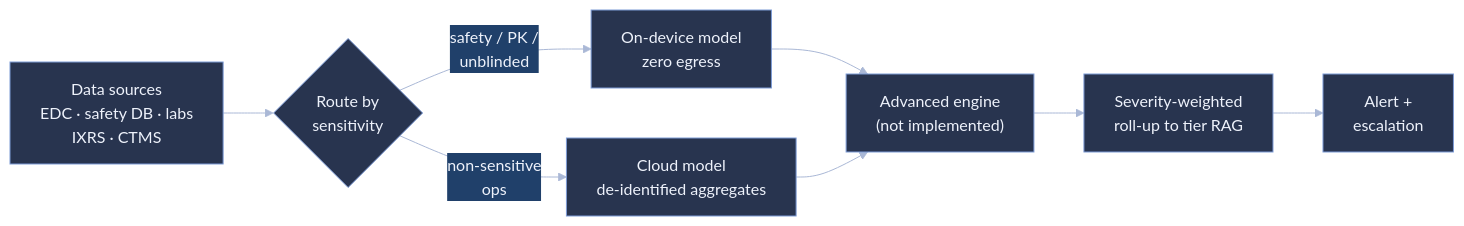
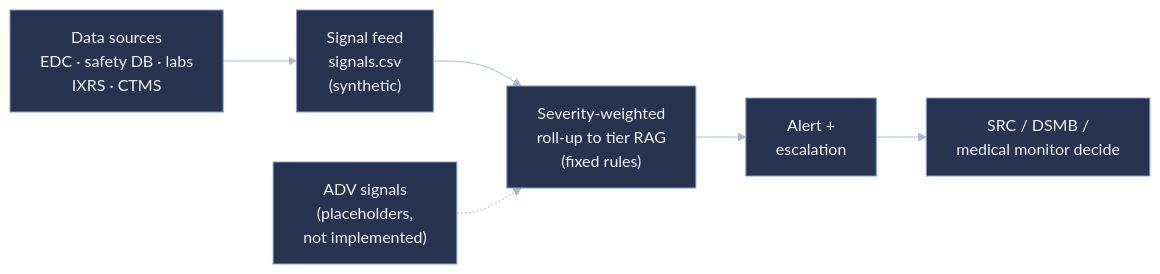
Before and after one commit to patrickiben/biometrics-ai-portfolio: the diagram in risk_monitor/quarto/risk-guide.qmd, drawn with Mermaid. The commit also changed other lines of this file and 8 other files, not shown here.

First line of the commit message:
Risk console: replace the AI-routing diagram with the real data flow

````diff
--- a/risk_monitor/quarto/risk-guide.qmd
+++ b/risk_monitor/quarto/risk-guide.qmd
@@ -53,11 +53,9 @@
 ```{mermaid}
 %%{init: {'theme':'base','themeVariables':{'primaryColor':'#28344f','primaryTextColor':'#eef2fb','primaryBorderColor':'#7d9bd6','lineColor':'#aab8d6','clusterBkg':'#161d33','clusterBorder':'#3a476a','tertiaryColor':'#20406a','tertiaryTextColor':'#eef2fb','tertiaryBorderColor':'#7d9bd6','secondaryColor':'#20406a','secondaryTextColor':'#eef2fb'}}}%%
 flowchart LR
-  SRC["Data sources<br/>EDC · safety DB · labs<br/>IXRS · CTMS"] --> RT{"Route by<br/>sensitivity"}
-  RT -->|"safety / PK /<br/>unblinded"| LOC["On-device model<br/>zero egress"]
-  RT -->|"non-sensitive<br/>ops"| CLD["Cloud model<br/>de-identified aggregates"]
-  LOC --> ADV["Advanced engine<br/>(not implemented)"]
-  CLD --> ADV
-  ADV --> SC["Severity-weighted<br/>roll-up to tier RAG"]
+  SRC["Data sources<br/>EDC · safety DB · labs<br/>IXRS · CTMS"] --> FEED["Signal feed<br/>signals.csv<br/>(synthetic)"]
+  FEED --> SC["Severity-weighted<br/>roll-up to tier RAG<br/>(fixed rules)"]
+  ADV["ADV signals<br/>(placeholders,<br/>not implemented)"] -.-> SC
   SC --> ESC["Alert +<br/>escalation"]
+  ESC --> HUM["SRC / DSMB /<br/>medical monitor decide"]
 ```
````
